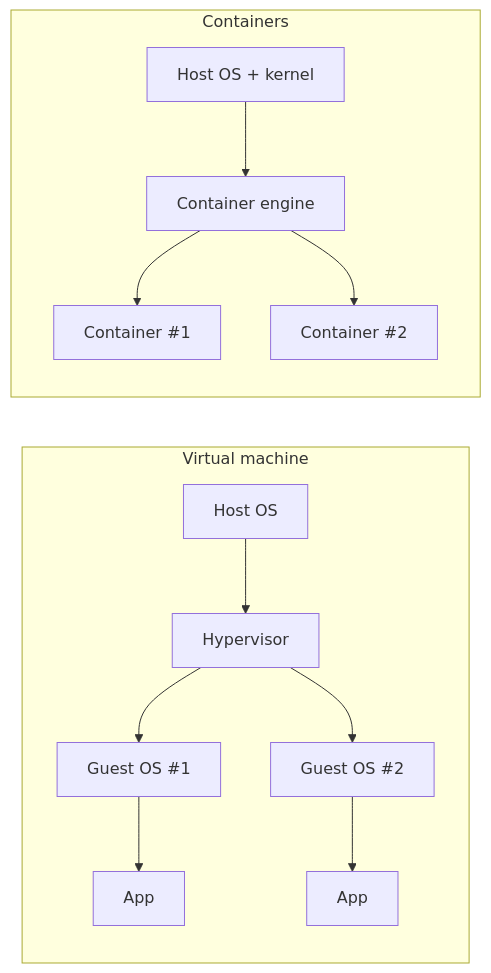
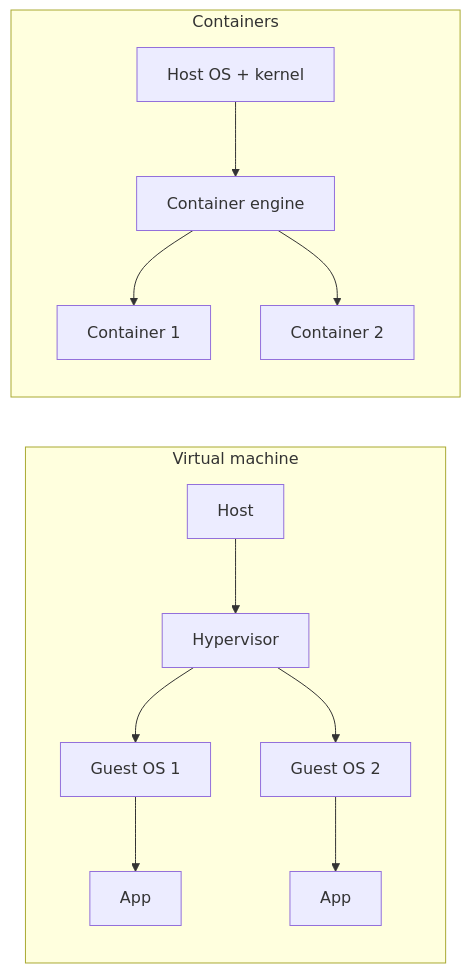
One commit to francoandreDev/knowledge changed the second of 2 diagrams in src/content/infra-delivery/docker/L1-summary.mdx. Above: the diagram before and after it, drawn with Mermaid. The commit also changed other lines of this file and 3 other files, not shown here.

````diff
--- a/src/content/infra-delivery/docker/L1-summary.mdx
+++ b/src/content/infra-delivery/docker/L1-summary.mdx
@@ -78,13 +86,13 @@
 ```mermaid
 flowchart LR
     subgraph VM["Virtual machine"]
         direction TB
-        HW1["Host OS"] --> HV["Hypervisor"] --> GOS1["Guest OS #1"] --> App1["App"]
-        HV --> GOS2["Guest OS #2"] --> App2["App"]
+        H1["Host"] --> HV["Hypervisor"] --> G1["Guest OS 1"] --> A1["App"]
+        HV --> G2["Guest OS 2"] --> A2["App"]
     end
     subgraph CT["Containers"]
         direction TB
-        HW2["Host OS + kernel"] --> Eng["Container engine"] --> C1["Container #1"]
-        Eng --> C2["Container #2"]
+        H2["Host OS + kernel"] --> E["Container engine"] --> K1["Container 1"]
+        E --> K2["Container 2"]
     end
 ```
````
